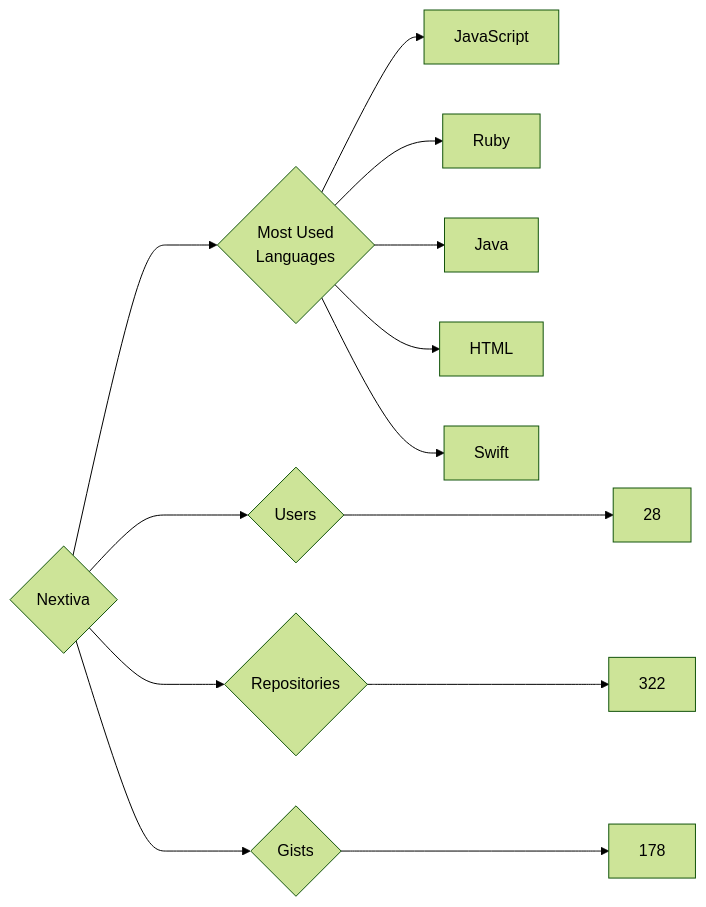
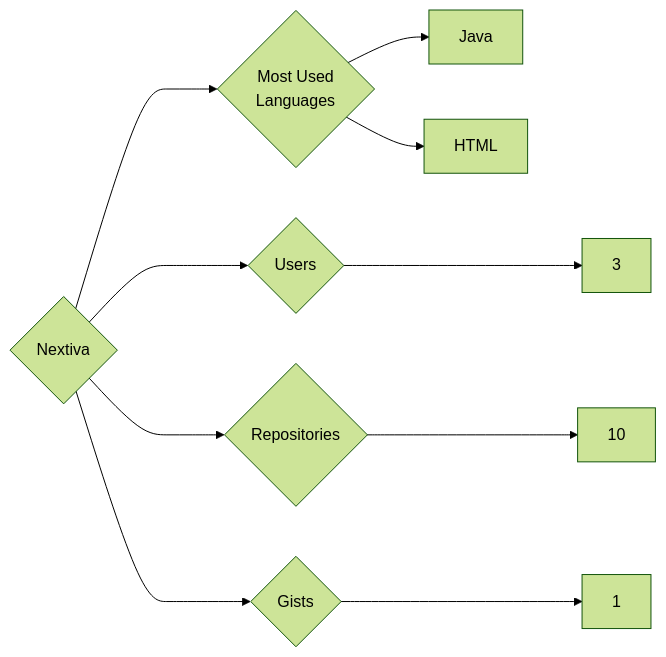
Before and after one commit to trickest/insiders: the diagram in targets/Nextiva/README.md, drawn with Mermaid (forest theme). The commit also changed 939 other files, not shown here.

````diff
--- a/targets/Nextiva/README.md
+++ b/targets/Nextiva/README.md
@@ -3,13 +3,10 @@
 ```mermaid
 graph LR
 COMPANY_NAME{Nextiva}
-COMPANY_NAME ---> U{Users} ---> UN[28]
-COMPANY_NAME ---> R{Repositories} ---> RN[322]
-COMPANY_NAME ---> G{Gists} ---> GN[178]
+COMPANY_NAME ---> U{Users} ---> UN[3]
+COMPANY_NAME ---> R{Repositories} ---> RN[10]
+COMPANY_NAME ---> G{Gists} ---> GN[1]
 COMPANY_NAME ---> ML{Most Used<br>Languages}
-ML --> JavaScript[JavaScript]
-ML --> Ruby[Ruby]
 ML --> Java[Java]
 ML --> HTML[HTML]
-ML --> Swift[Swift]
 ```
````
